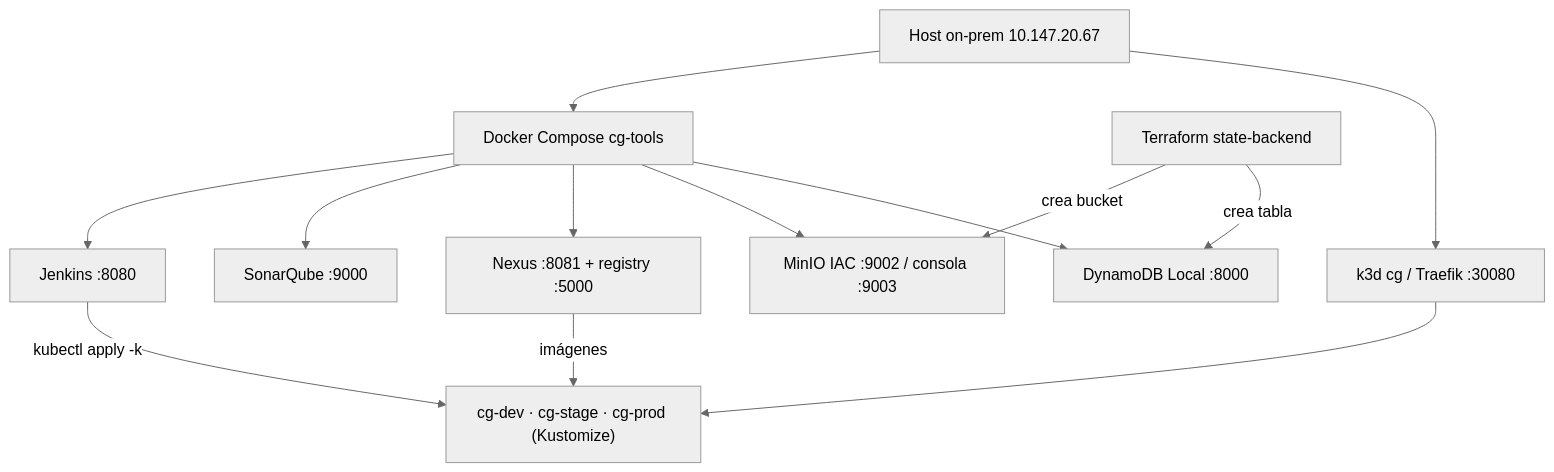
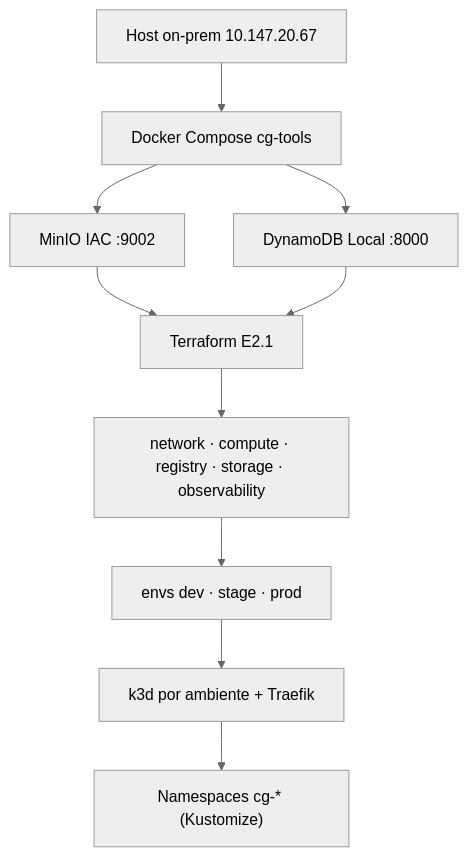
One commit to ingesoft5/circle-guard-finalproject-A00401805-A00405090-A00401428-A00377013 changed the first of 3 diagrams in docs/diagramas/README.md. Above: the diagram before and after it, drawn with Mermaid (neutral theme). The commit also changed other lines of this file and 63 other files, not shown here.

````diff
--- a/docs/diagramas/README.md
+++ b/docs/diagramas/README.md
@@ -8,26 +8,18 @@
 ```mermaid
 flowchart TB
   HOST["Host on-prem 10.147.20.67"]
   TOOLS["Docker Compose cg-tools"]
-  JENKINS["Jenkins :8080"]
-  SONAR["SonarQube :9000"]
-  NEXUS["Nexus :8081 + registry :5000"]
-  MINIO["MinIO IAC :9002 / consola :9003"]
+  MINIO["MinIO IAC :9002"]
   DDB["DynamoDB Local :8000"]
-  K3D["k3d cg / Traefik :30080"]
-  ENVS["cg-dev · cg-stage · cg-prod (Kustomize)"]
-  TF["Terraform state-backend"]
+  TF["Terraform E2.1"]
+  MOD["network · compute · registry · storage · observability"]
+  ENVS["envs dev · stage · prod"]
+  K3D["k3d por ambiente + Traefik"]
+  APPS["Namespaces cg-* (Kustomize)"]
 
-  HOST --> TOOLS
-  HOST --> K3D
-  TOOLS --> JENKINS
-  TOOLS --> SONAR
-  TOOLS --> NEXUS
-  TOOLS --> MINIO
+  HOST --> TOOLS --> MINIO
   TOOLS --> DDB
-  K3D --> ENVS
-  JENKINS -->|"kubectl apply -k"| ENVS
-  NEXUS -->|"imágenes"| ENVS
-  TF -->|"crea bucket"| MINIO
-  TF -->|"crea tabla"| DDB
+  TF --> MOD --> ENVS --> K3D --> APPS
+  MINIO --> TF
+  DDB --> TF
 ```
````
